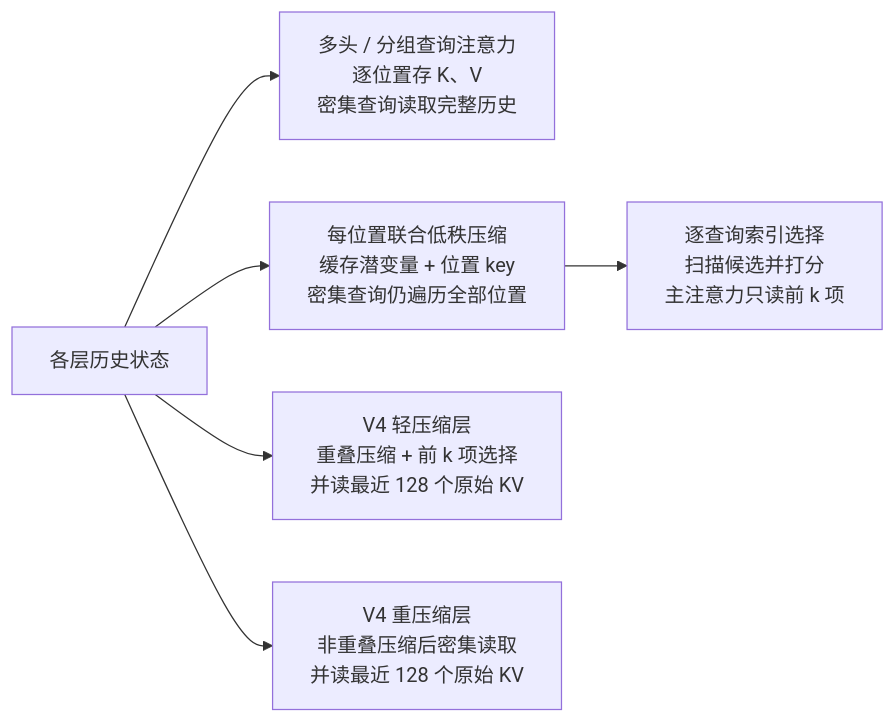
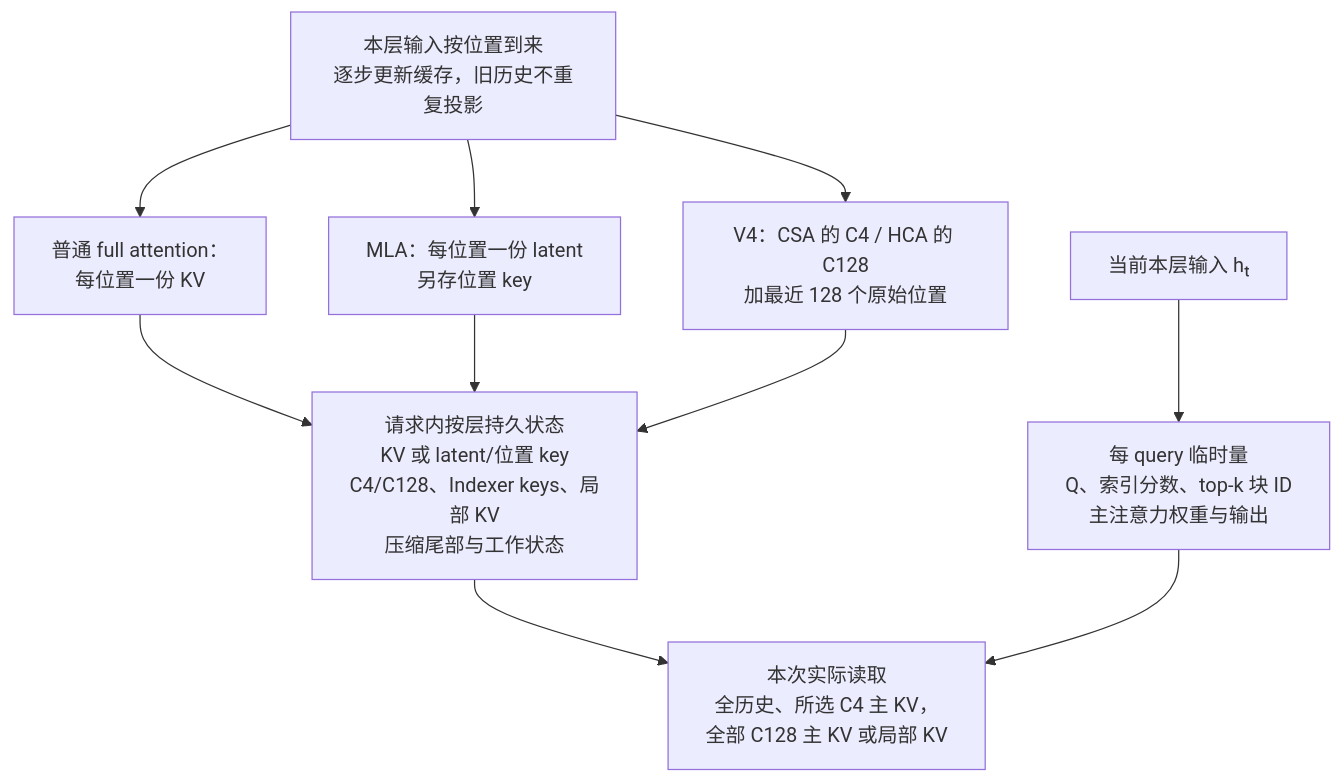
Before and after one commit to Negronii/MyNotes: the first of 3 diagrams in ai-engineering/foundations/long-context-attention.md, drawn with Mermaid. The commit also changed other lines of this file and 10 other files, not shown here.

````diff
--- a/ai-engineering/foundations/long-context-attention.md
+++ b/ai-engineering/foundations/long-context-attention.md
@@ -12,8 +12,12 @@
 ```mermaid
-flowchart LR
-    H["各层历史状态"] --> BASE["多头 / 分组查询注意力<br/>逐位置存 K、V<br/>密集查询读取完整历史"]
-    H --> MLA["每位置联合低秩压缩<br/>缓存潜变量 + 位置 key<br/>密集查询仍遍历全部位置"]
-    MLA --> DSA["逐查询索引选择<br/>扫描候选并打分<br/>主注意力只读前 k 项"]
-    H --> C4["V4 轻压缩层<br/>重叠压缩 + 前 k 项选择<br/>并读最近 128 个原始 KV"]
-    H --> C128["V4 重压缩层<br/>非重叠压缩后密集读取<br/>并读最近 128 个原始 KV"]
+flowchart TD
+    HIST["本层输入按位置到来<br/>逐步更新缓存，旧历史不重复投影"] --> FULL["普通 full attention：<br/>每位置一份 KV"]
+    HIST --> LATENT["MLA：每位置一份 latent<br/>另存位置 key"]
+    HIST --> COMP["V4：CSA 的 C4 / HCA 的 C128<br/>加最近 128 个原始位置"]
+    FULL --> PERSIST
+    LATENT --> PERSIST
+    COMP --> PERSIST["请求内按层持久状态<br/>KV 或 latent/位置 key<br/>C4/C128、Indexer keys、局部 KV<br/>压缩尾部与工作状态"]
+    CUR["当前本层输入 hₜ"] --> QUERY["每 query 临时量<br/>Q、索引分数、top-k 块 ID<br/>主注意力权重与输出"]
+    PERSIST --> READ["本次实际读取<br/>全历史、所选 C4 主 KV，<br/>全部 C128 主 KV 或局部 KV"]
+    QUERY --> READ
 ```
````
